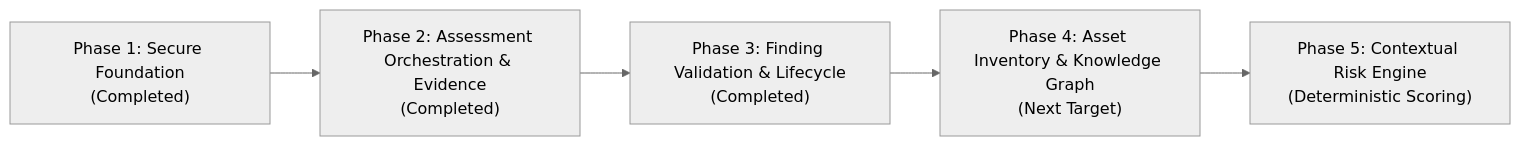
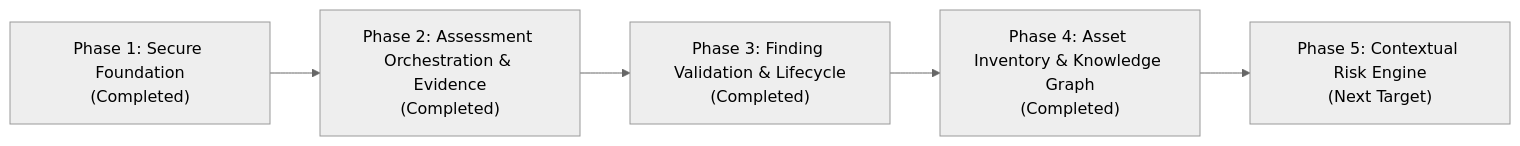
The diagram in docs/ROADMAP.md (darkboyO7/sec_sys), drawn with Mermaid (neutral theme) before and after one commit. The commit also changed other lines of this file and 28 other files, not shown here.

Commit message:
feat(assets,graph): Phase 4 asset inventory, conservative reconciliation, and universal security knowledge graph

````diff
--- a/docs/ROADMAP.md
+++ b/docs/ROADMAP.md
@@ -7,7 +7,7 @@
 ```mermaid
 flowchart LR
     P1["Phase 1: Secure Foundation\n(Completed)"] --> P2["Phase 2: Assessment Orchestration & Evidence\n(Completed)"]
     P2 --> P3["Phase 3: Finding Validation & Lifecycle\n(Completed)"]
-    P3 --> P4["Phase 4: Asset Inventory & Knowledge Graph\n(Next Target)"]
-    P4 --> P5["Phase 5: Contextual Risk Engine\n(Deterministic Scoring)"]
+    P3 --> P4["Phase 4: Asset Inventory & Knowledge Graph\n(Completed)"]
+    P4 --> P5["Phase 5: Contextual Risk Engine\n(Next Target)"]
 ```
````
